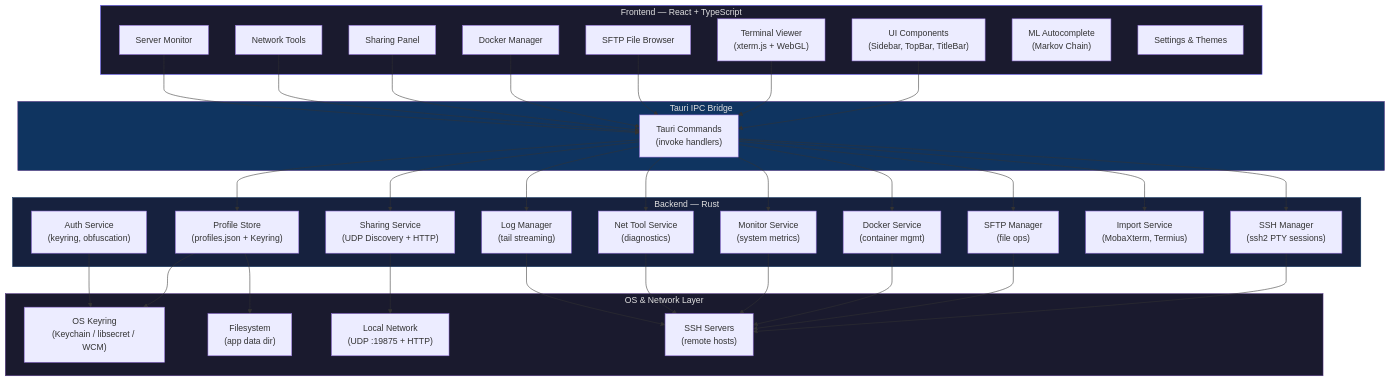
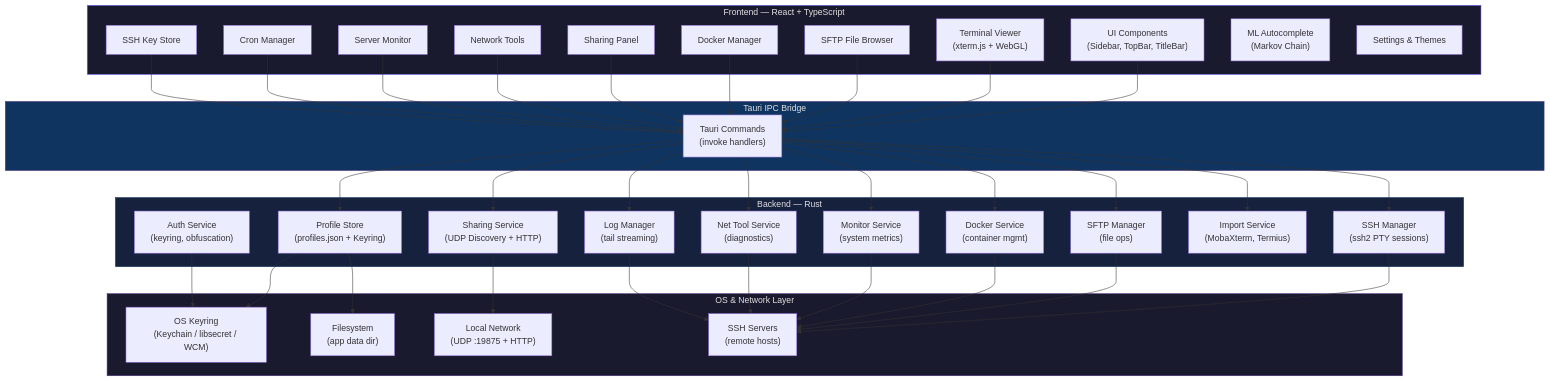
One commit to genc-murat/cliqon changed the first of 2 diagrams in README.md. Above: the diagram before and after it, drawn with Mermaid. The commit also changed other lines of this file and 7 other files, not shown here.

First line of the commit message:
feat: add SSH key management to settings modal

````diff
--- a/README.md
+++ b/README.md
@@ -29,72 +29,76 @@
 ```mermaid
 graph TB
     subgraph Frontend ["Frontend — React + TypeScript"]
         UI["UI Components<br/>(Sidebar, TopBar, TitleBar)"]
         Terminal["Terminal Viewer<br/>(xterm.js + WebGL)"]
         SFTP["SFTP File Browser"]
         Docker["Docker Manager"]
         Sharing["Sharing Panel"]
         NetTools["Network Tools"]
         Monitor["Server Monitor"]
+        CronManager["Cron Manager"]
+        KeyStore["SSH Key Store"]
         ML["ML Autocomplete<br/>(Markov Chain)"]
         Settings["Settings & Themes"]
     end
 
     subgraph IPC ["Tauri IPC Bridge"]
         Commands["Tauri Commands<br/>(invoke handlers)"]
     end
 
     subgraph Backend ["Backend — Rust"]
         ProfileStore["Profile Store<br/>(profiles.json + Keyring)"]
         SSHMgr["SSH Manager<br/>(ssh2 PTY sessions)"]
         SFTPMgr["SFTP Manager<br/>(file ops)"]
         DockerSvc["Docker Service<br/>(container mgmt)"]
         SharingSvc["Sharing Service<br/>(UDP Discovery + HTTP)"]
         MonitorSvc["Monitor Service<br/>(system metrics)"]
         NetToolSvc["Net Tool Service<br/>(diagnostics)"]
         LogMgr["Log Manager<br/>(tail streaming)"]
         ImportSvc["Import Service<br/>(MobaXterm, Termius)"]
         AuthSvc["Auth Service<br/>(keyring, obfuscation)"]
     end
 
     subgraph OS ["OS & Network Layer"]
         Keyring["OS Keyring<br/>(Keychain / libsecret / WCM)"]
         FS["Filesystem<br/>(app data dir)"]
         LAN["Local Network<br/>(UDP :19875 + HTTP)"]
         SSH["SSH Servers<br/>(remote hosts)"]
     end
 
     UI --> Commands
     Terminal --> Commands
     SFTP --> Commands
     Docker --> Commands
     Sharing --> Commands
     NetTools --> Commands
     Monitor --> Commands
+    CronManager --> Commands
+    KeyStore --> Commands
 
     Commands --> ProfileStore
     Commands --> SSHMgr
     Commands --> SFTPMgr
     Commands --> DockerSvc
     Commands --> SharingSvc
     Commands --> MonitorSvc
     Commands --> NetToolSvc
     Commands --> LogMgr
     Commands --> ImportSvc
 
     ProfileStore --> Keyring
     ProfileStore --> FS
     AuthSvc --> Keyring
     SharingSvc --> LAN
     SSHMgr --> SSH
     SFTPMgr --> SSH
     DockerSvc --> SSH
     MonitorSvc --> SSH
     NetToolSvc --> SSH
     LogMgr --> SSH
 
     style Frontend fill:#1a1a2e,stroke:#6c63ff,color:#e0e0e0
     style Backend fill:#16213e,stroke:#0f3460,color:#e0e0e0
     style IPC fill:#0f3460,stroke:#533483,color:#e0e0e0
     style OS fill:#1a1a2e,stroke:#533483,color:#e0e0e0
 ```
````
